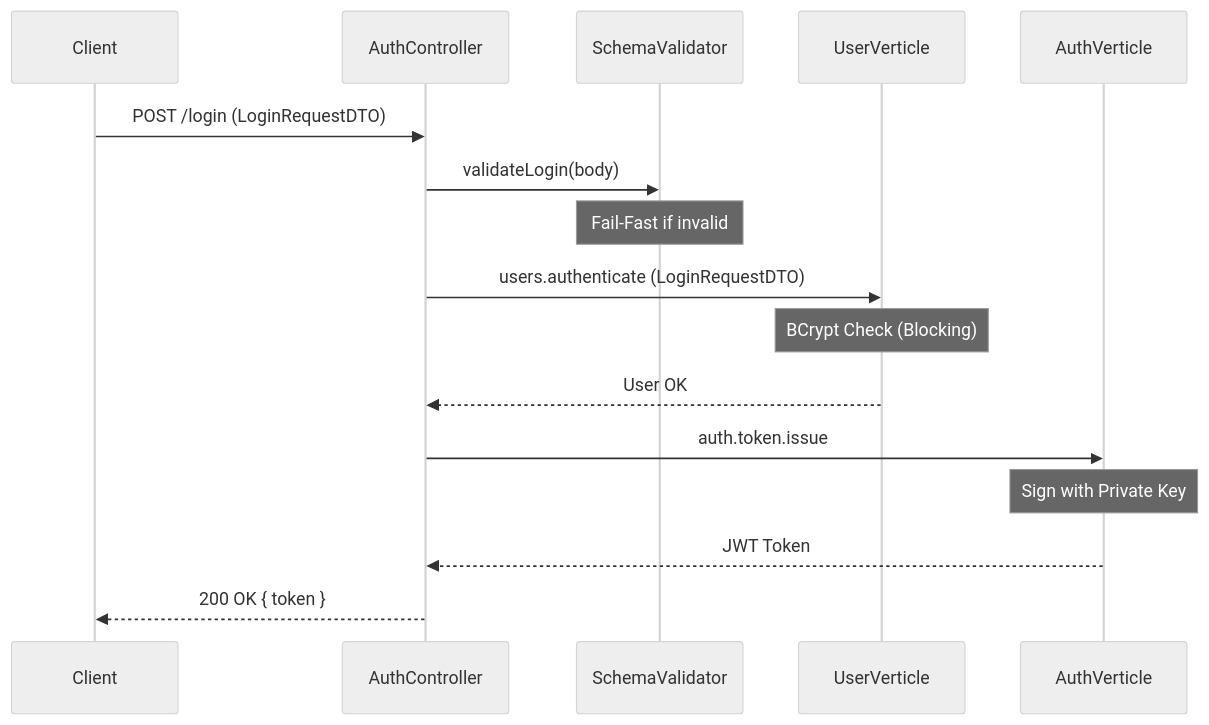
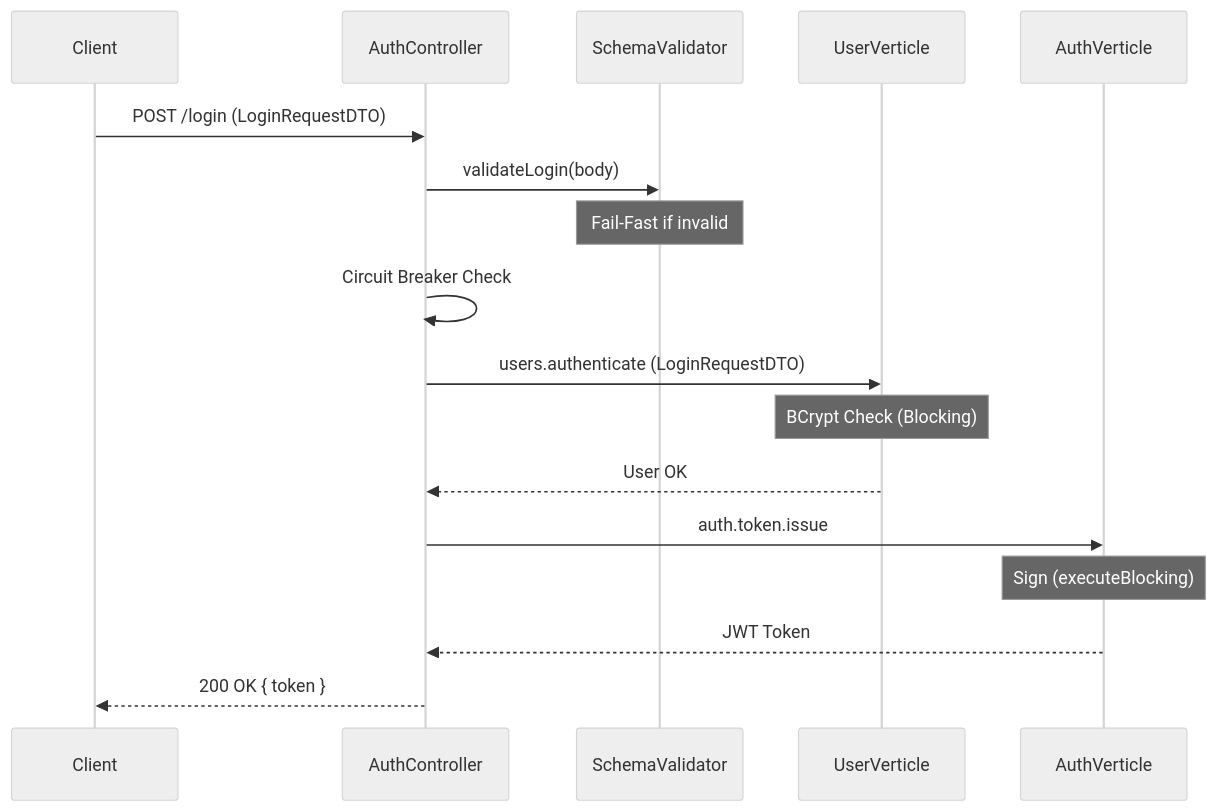
One commit to ZiadAtari/Reactive_RestAPI changed the first of 2 diagrams in Documentation/Systems/Authentication.md. Above: the diagram before and after it, drawn with Mermaid (neutral theme). The commit also changed other lines of this file and 22 other files, not shown here.

````diff
--- a/Documentation/Systems/Authentication.md
+++ b/Documentation/Systems/Authentication.md
@@ -42,19 +43,20 @@
 ```mermaid
 sequenceDiagram
     participant Client
     participant AuthCtrl as AuthController
     participant Val as SchemaValidator
     participant UserV as UserVerticle
     participant AuthV as AuthVerticle
 
     Client->>AuthCtrl: POST /login (LoginRequestDTO)
     AuthCtrl->>Val: validateLogin(body)
     Note over Val: Fail-Fast if invalid
+    AuthCtrl->>AuthCtrl: Circuit Breaker Check
     AuthCtrl->>UserV: users.authenticate (LoginRequestDTO)
     Note over UserV: BCrypt Check (Blocking)
     UserV-->>AuthCtrl: User OK
     AuthCtrl->>AuthV: auth.token.issue
-    Note over AuthV: Sign with Private Key
+    Note over AuthV: Sign (executeBlocking)
     AuthV-->>AuthCtrl: JWT Token
     AuthCtrl-->>Client: 200 OK { token }
 ```
````
